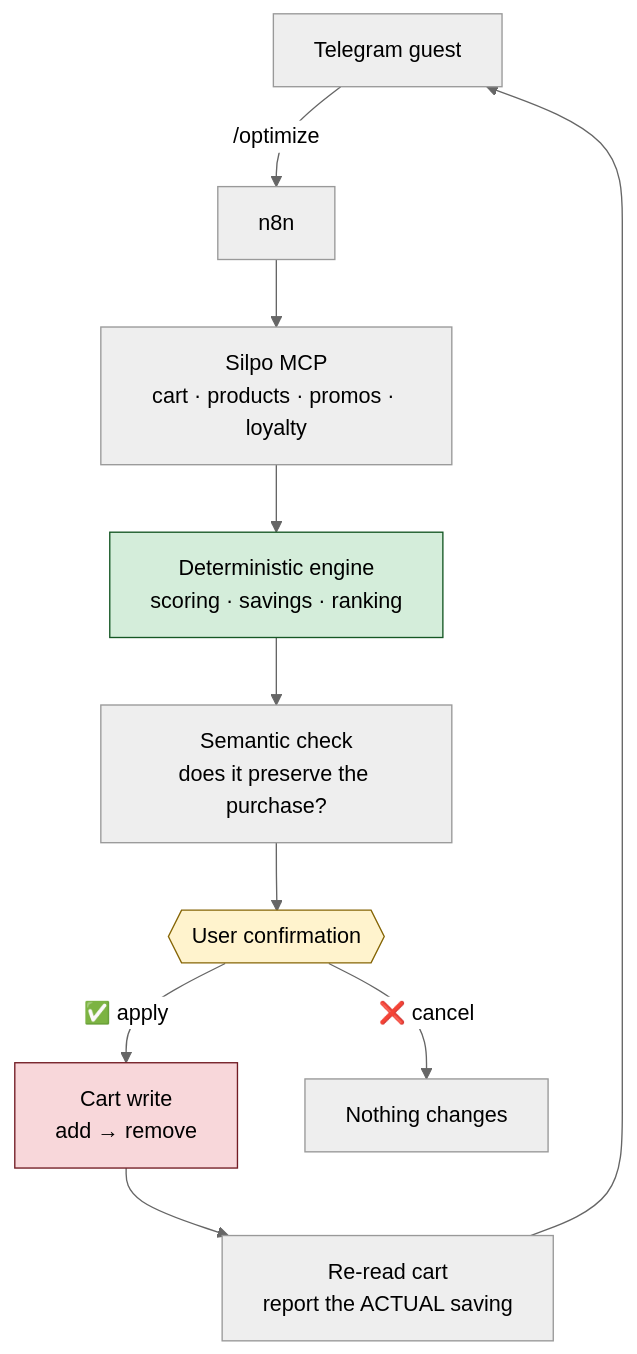
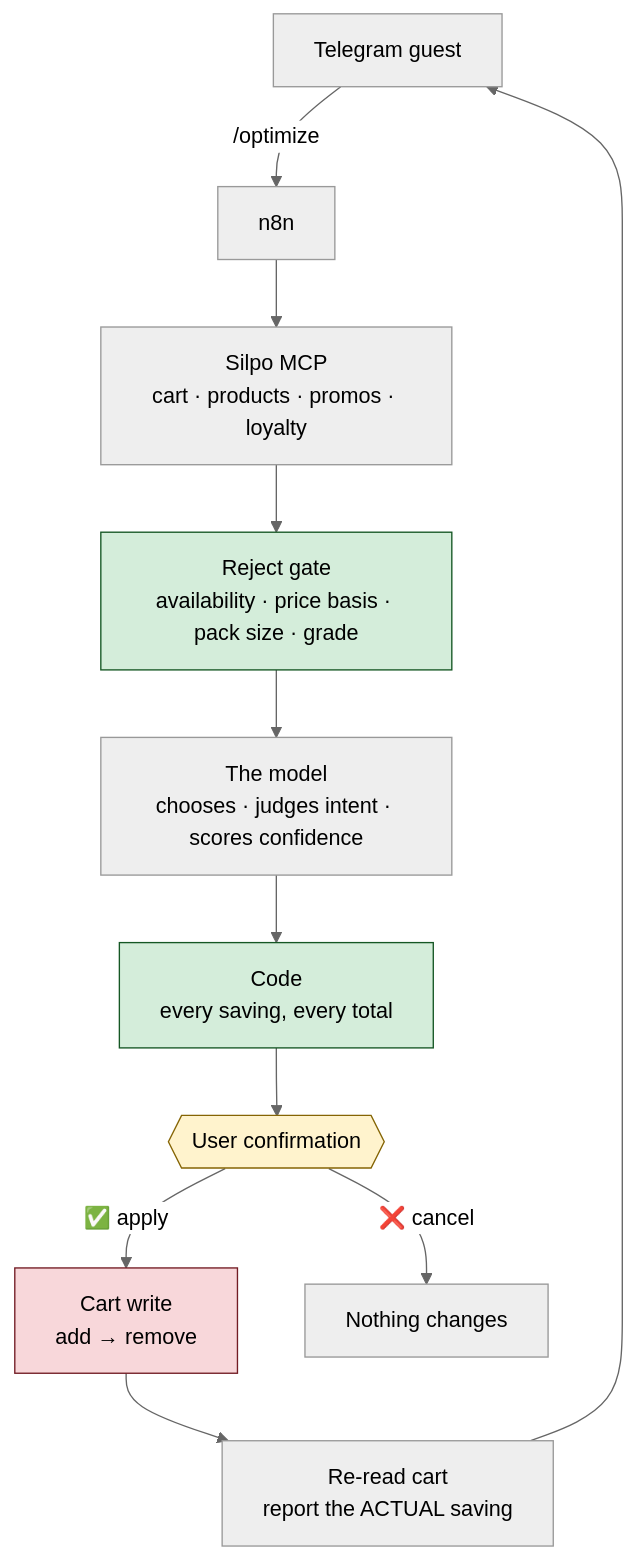
One commit to soia/silpo-shopping-optimizer changed the diagram in README.md. Above: the diagram before and after it, drawn with Mermaid (neutral theme). The commit also changed other lines of this file and 4 other files, not shown here.

Commit message:
Refresh the docs for the post-gate engine numbers

````diff
--- a/README.md
+++ b/README.md
@@ -39,16 +48,18 @@
 ```mermaid
 flowchart TD
     A[Telegram guest] -->|/optimize| B[n8n]
     B --> C[Silpo MCP<br/>cart · products · promos · loyalty]
-    C --> D[Deterministic engine<br/>scoring · savings · ranking]
-    D --> E[Semantic check<br/>does it preserve the purchase?]
-    E --> F{{User confirmation}}
+    C --> D[Reject gate<br/>availability · price basis · pack size · grade]
+    D --> E[The model<br/>chooses · judges intent · scores confidence]
+    E --> J[Code<br/>every saving, every total]
+    J --> F{{User confirmation}}
     F -->|✅ apply| G[Cart write<br/>add → remove]
     F -->|❌ cancel| H[Nothing changes]
     G --> I[Re-read cart<br/>report the ACTUAL saving]
     I --> A
 
     style F fill:#fff3cd,stroke:#856404,color:#000
     style G fill:#f8d7da,stroke:#721c24,color:#000
     style D fill:#d4edda,stroke:#155724,color:#000
+    style J fill:#d4edda,stroke:#155724,color:#000
 ```
````
